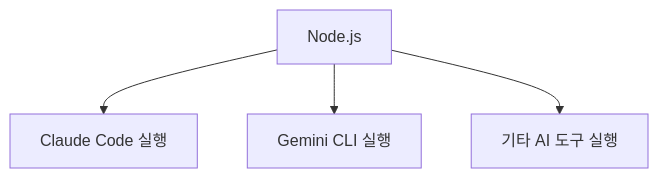
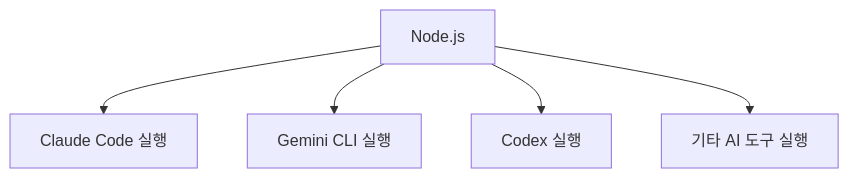
One commit to nugurejeil/weniVooks changed the second of 3 diagrams in _md/essentials-vibecoding/chapter02/02-3.md. Above: the diagram before and after it, drawn with Mermaid. The commit also changed other lines of this file and 2 other files, not shown here.

````diff
--- a/_md/essentials-vibecoding/chapter02/02-3.md
+++ b/_md/essentials-vibecoding/chapter02/02-3.md
@@ -47,6 +55,7 @@
 ```mermaid
 flowchart TD
     A["Node.js"] --> B["Claude Code 실행"]
     A --> C["Gemini CLI 실행"]
-    A --> D["기타 AI 도구 실행"]
+    A --> D["Codex 실행"]
+    A --> E["기타 AI 도구 실행"]
 ```
````
